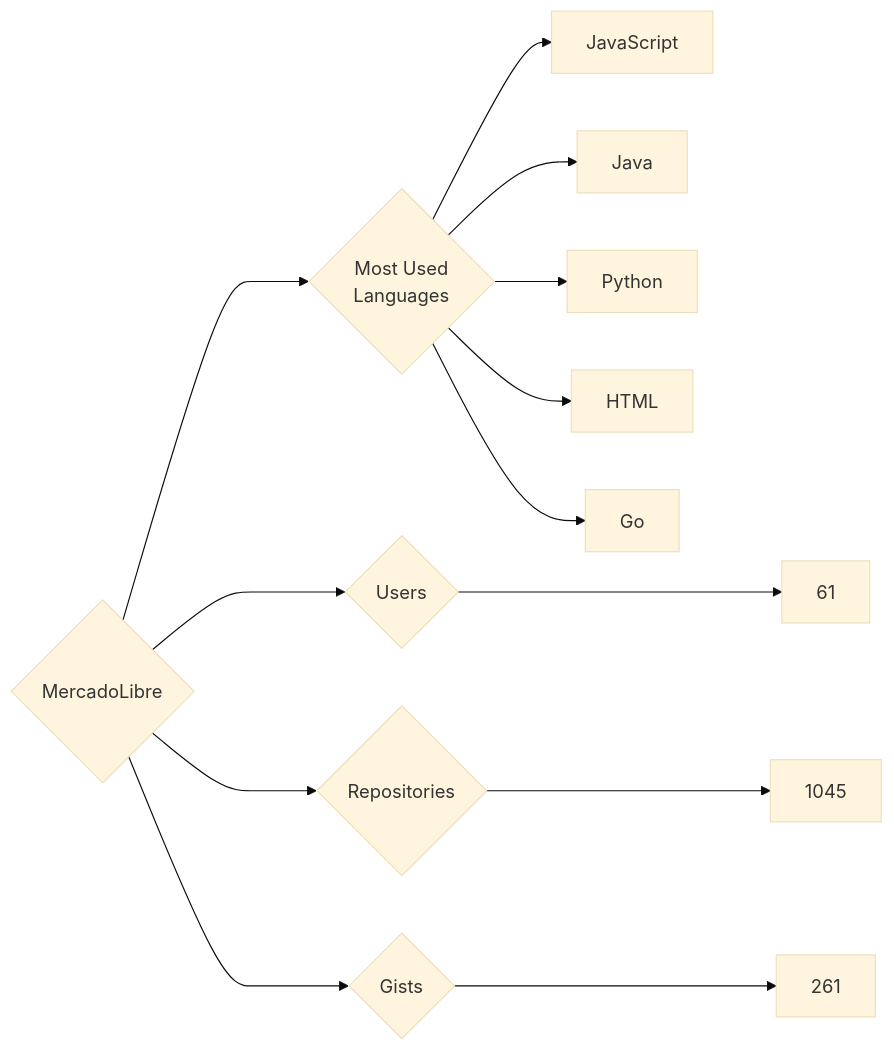
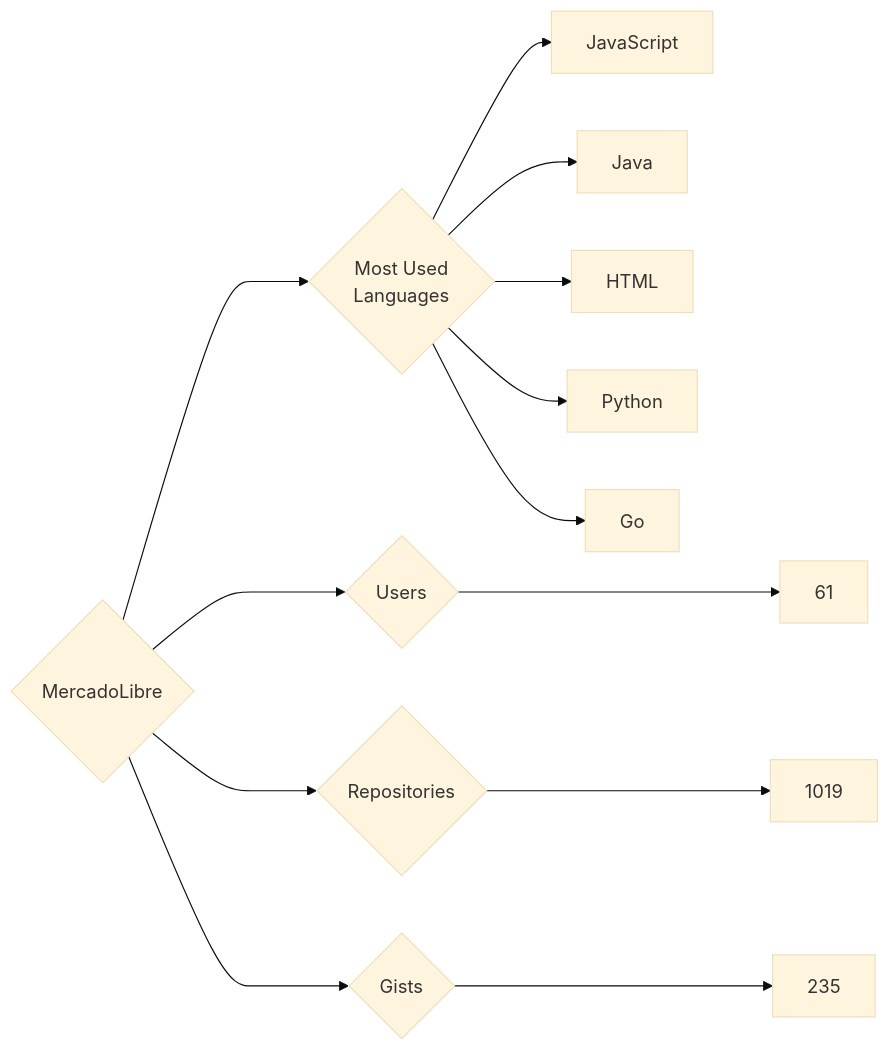
One commit to trickest/insiders changed the diagram in targets/MercadoLibre/README.md. Above: the diagram before and after it, drawn with Mermaid (base theme). The commit also changed 995 other files, not shown here.

````diff
--- a/targets/MercadoLibre/README.md
+++ b/targets/MercadoLibre/README.md
@@ -3,13 +3,13 @@
 ```mermaid
 graph LR
 COMPANY_NAME{MercadoLibre}
 COMPANY_NAME ---> U{Users} ---> UN[61]
-COMPANY_NAME ---> R{Repositories} ---> RN[1045]
-COMPANY_NAME ---> G{Gists} ---> GN[261]
+COMPANY_NAME ---> R{Repositories} ---> RN[1019]
+COMPANY_NAME ---> G{Gists} ---> GN[235]
 COMPANY_NAME ---> ML{Most Used<br>Languages}
 ML --> JavaScript[JavaScript]
 ML --> Java[Java]
+ML --> HTML[HTML]
 ML --> Python[Python]
-ML --> HTML[HTML]
 ML --> Go[Go]
 ```
````
